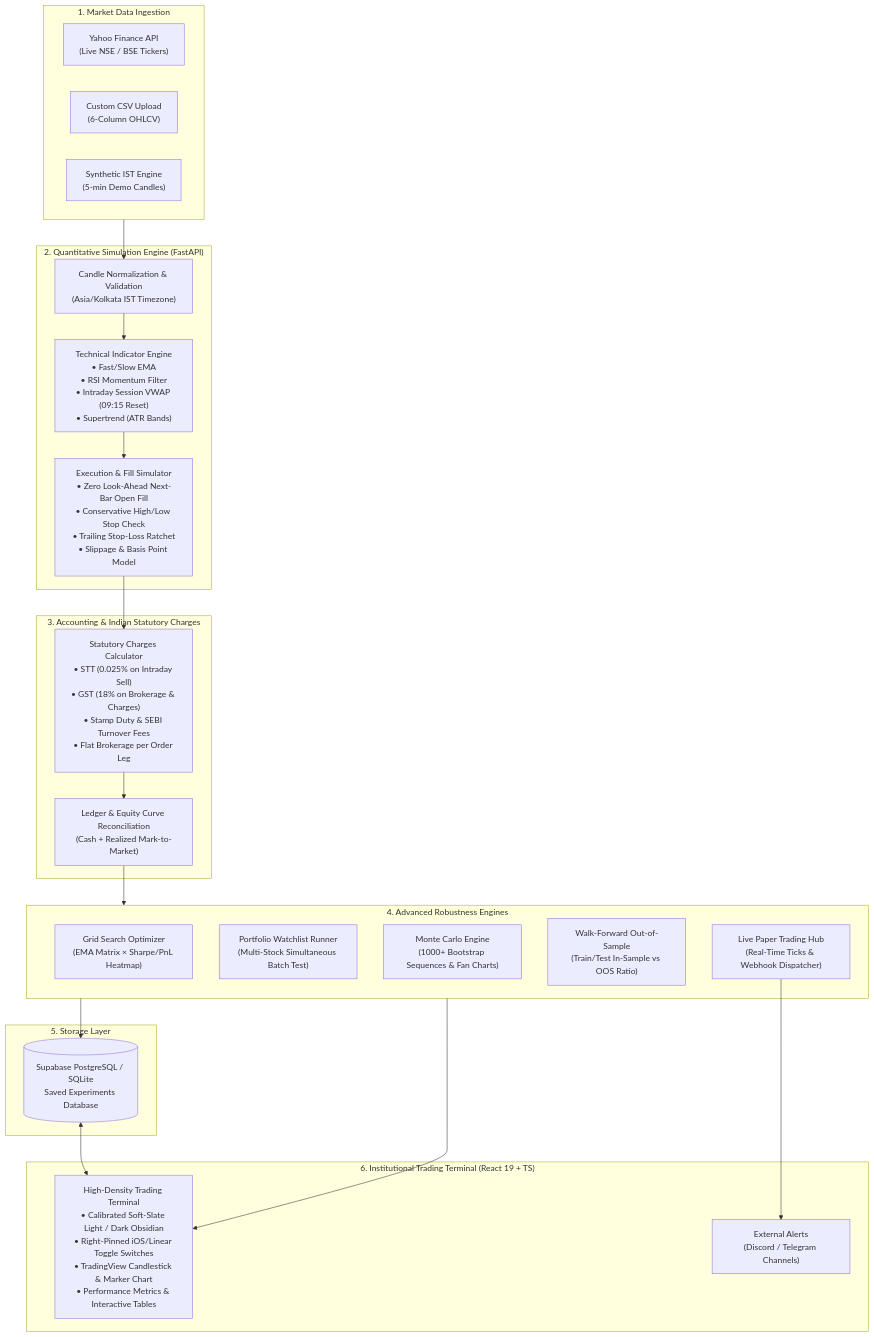
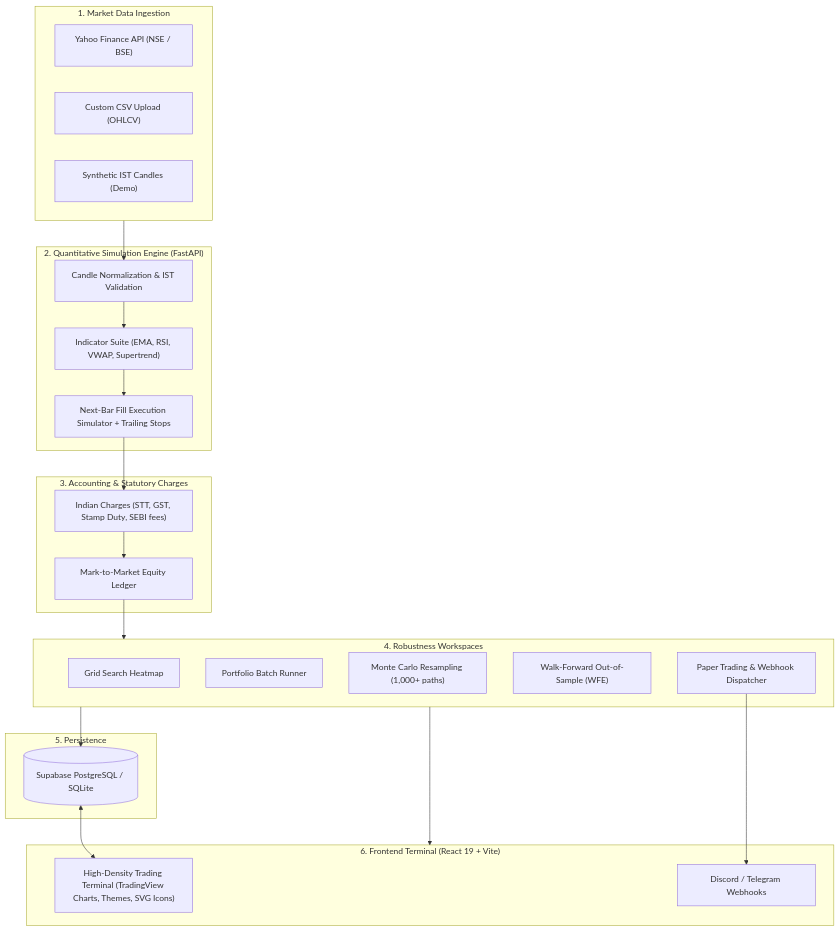
One commit to krishnagarg-2004/strategy-lab-mvp changed the diagram in README.md. Above: the diagram before and after it, drawn with Mermaid. The commit also changed other lines of this file, not shown here.

Commit message:
docs: streamline README by removing redundant diagrams and verbose fluff

````diff
--- a/README.md
+++ b/README.md
@@ -123,47 +50,42 @@
 ```mermaid
 flowchart TD
     subgraph DataIngestion["1. Market Data Ingestion"]
-        YF["Yahoo Finance API<br/>(Live NSE / BSE Tickers)"]
-        CSV["Custom CSV Upload<br/>(6-Column OHLCV)"]
-        SYN["Synthetic IST Engine<br/>(5-min Demo Candles)"]
+        YF["Yahoo Finance API (NSE / BSE)"]
+        CSV["Custom CSV Upload (OHLCV)"]
+        SYN["Synthetic IST Candles (Demo)"]
     end
 
     subgraph CoreEngine["2. Quantitative Simulation Engine (FastAPI)"]
-        NORM["Candle Normalization & Validation<br/>(Asia/Kolkata IST Timezone)"]
-        IND["Technical Indicator Engine<br/>• Fast/Slow EMA<br/>• RSI Momentum Filter<br/>• Intraday Session VWAP (09:15 Reset)<br/>• Supertrend (ATR Bands)"]
-        EXEC["Execution & Fill Simulator<br/>• Zero Look-Ahead Next-Bar Open Fill<br/>• Conservative High/Low Stop Check<br/>• Trailing Stop-Loss Ratchet<br/>• Slippage & Basis Point Model"]
+        NORM["Candle Normalization & IST Validation"]
+        IND["Indicator Suite (EMA, RSI, VWAP, Supertrend)"]
+        EXEC["Next-Bar Fill Execution Simulator + Trailing Stops"]
     end
 
-    subgraph Accounting["3. Accounting & Indian Statutory Charges"]
-        TAX["Statutory Charges Calculator<br/>• STT (0.025% on Intraday Sell)<br/>• GST (18% on Brokerage & Charges)<br/>• Stamp Duty & SEBI Turnover Fees<br/>• Flat Brokerage per Order Leg"]
-        LEDGER["Ledger & Equity Curve Reconciliation<br/>(Cash + Realized Mark-to-Market)"]
+    subgraph Accounting["3. Accounting & Statutory Charges"]
+        TAX["Indian Charges (STT, GST, Stamp Duty, SEBI fees)"]
+        LEDGER["Mark-to-Market Equity Ledger"]
     end
 
-    subgraph AdvancedAnalytics["4. Advanced Robustness Engines"]
-        GRID["Grid Search Optimizer<br/>(EMA Matrix × Sharpe/PnL Heatmap)"]
-        PORT["Portfolio Watchlist Runner<br/>(Multi-Stock Simultaneous Batch Test)"]
-        MC["Monte Carlo Engine<br/>(1000+ Bootstrap Sequences & Fan Charts)"]
-        WF["Walk-Forward Out-of-Sample<br/>(Train/Test In-Sample vs OOS Ratio)"]
-        PAPER["Live Paper Trading Hub<br/>(Real-Time Ticks & Webhook Dispatcher)"]
+    subgraph Analytics["4. Robustness Workspaces"]
+        GRID["Grid Search Heatmap"]
+        PORT["Portfolio Batch Runner"]
+        MC["Monte Carlo Resampling (1,000+ paths)"]
+        WF["Walk-Forward Out-of-Sample (WFE)"]
+        PAPER["Paper Trading & Webhook Dispatcher"]
     end
 
-    subgraph Persistence["5. Storage Layer"]
-        DB[("Supabase PostgreSQL / SQLite<br/>Saved Experiments Database")]
+    subgraph Storage["5. Persistence"]
+        DB[("Supabase PostgreSQL / SQLite")]
     end
 
-    subgraph Presentation["6. Institutional Trading Terminal (React 19 + TS)"]
-        UI["High-Density Trading Terminal<br/>• Calibrated Soft-Slate Light / Dark Obsidian<br/>• Right-Pinned iOS/Linear Toggle Switches<br/>• TradingView Candlestick & Marker Chart<br/>• Performance Metrics & Interactive Tables"]
-        WEBHOOK["External Alerts<br/>(Discord / Telegram Channels)"]
+    subgraph UI["6. Frontend Terminal (React 19 + Vite)"]
+        CLIENT["High-Density Trading Terminal (TradingView Charts, Themes, SVG Icons)"]
+        ALERTS["Discord / Telegram Webhooks"]
     end
 
-    DataIngestion --> NORM
-    NORM --> IND
-    IND --> EXEC
-    EXEC --> TAX
-    TAX --> LEDGER
-    LEDGER --> AdvancedAnalytics
-    AdvancedAnalytics --> DB
-    AdvancedAnalytics --> UI
-    PAPER --> WEBHOOK
-    DB <--> UI
+    DataIngestion --> NORM --> IND --> EXEC --> TAX --> LEDGER --> Analytics
+    Analytics --> DB
+    Analytics --> UI
+    PAPER --> ALERTS
+    DB <--> CLIENT
 ```
````
